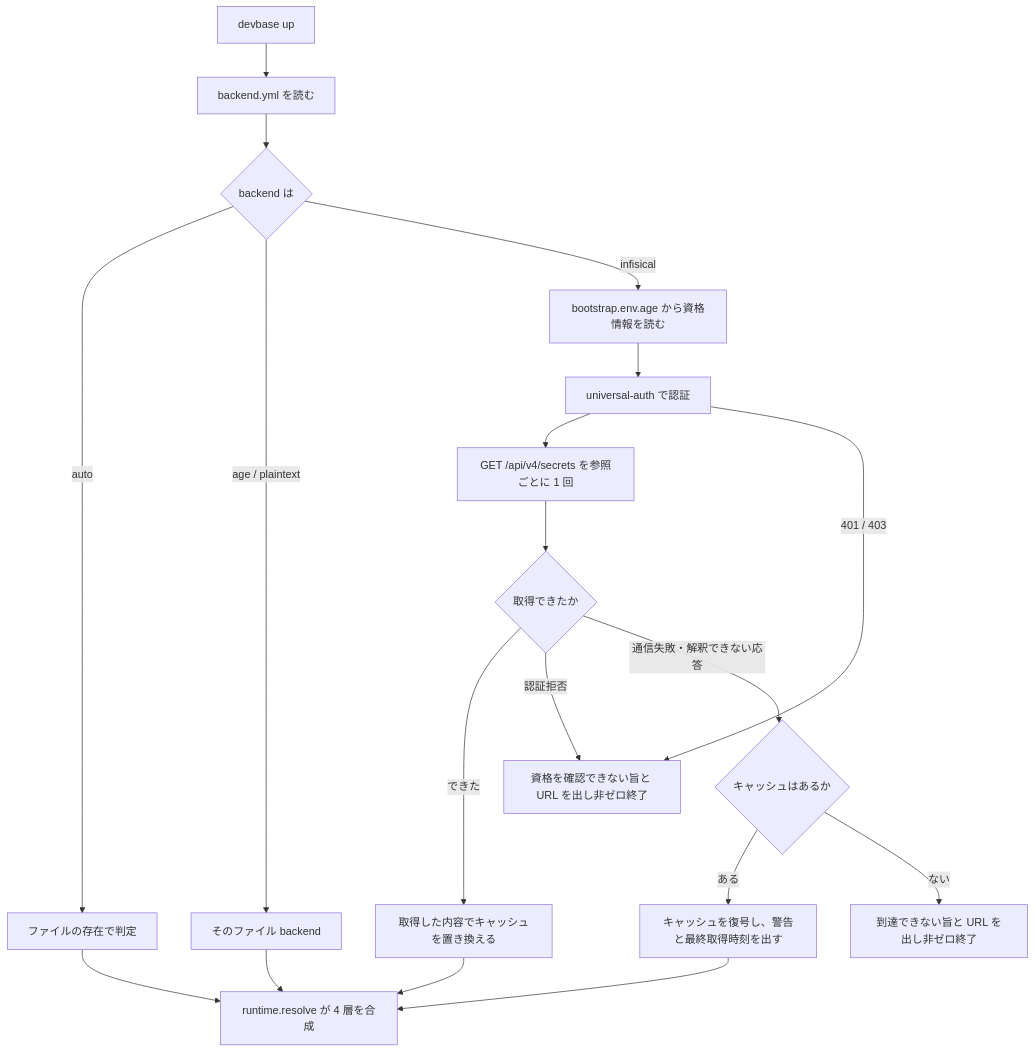
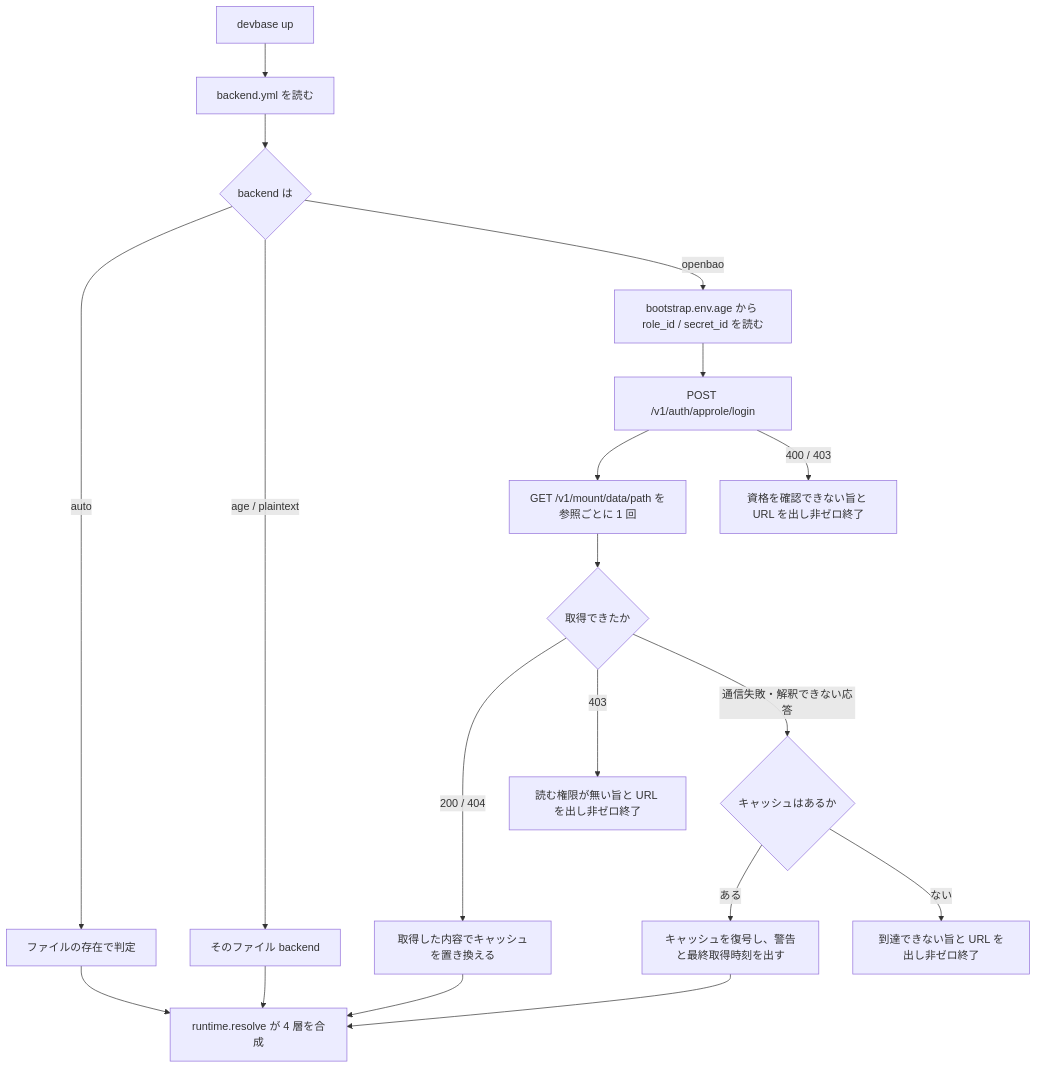
Before and after one commit to devbasex/devbase: the second of 2 diagrams in docs/specifications/secret-backend.md, drawn with Mermaid. The commit also changed other lines of this file and 3 other files, not shown here.

````diff
--- a/docs/specifications/secret-backend.md
+++ b/docs/specifications/secret-backend.md
@@ -216,21 +293,21 @@
 ```mermaid
 flowchart TD
     A[devbase up] --> B[backend.yml を読む]
     B --> C{backend は}
     C -->|auto| D[ファイルの存在で判定]
     C -->|age / plaintext| E[そのファイル backend]
-    C -->|infisical| F[bootstrap.env.age から資格情報を読む]
-    F --> G[universal-auth で認証]
-    G --> H[GET /api/v4/secrets を参照ごとに 1 回]
-    G -->|401 / 403| P
+    C -->|openbao| F[bootstrap.env.age から role_id / secret_id を読む]
+    F --> G[POST /v1/auth/approle/login]
+    G --> H[GET /v1/mount/data/path を参照ごとに 1 回]
     H --> I{取得できたか}
-    I -->|できた| J[取得した内容でキャッシュを置き換える]
-    I -->|認証拒否| P[資格を確認できない旨と URL を出し非ゼロ終了]
+    I -->|200 / 404| J[取得した内容でキャッシュを置き換える]
+    I -->|403| Q[読む権限が無い旨と URL を出し非ゼロ終了]
+    G -->|400 / 403| P[資格を確認できない旨と URL を出し非ゼロ終了]
     I -->|通信失敗・解釈できない応答| K{キャッシュはあるか}
     K -->|ある| L[キャッシュを復号し、警告と最終取得時刻を出す]
     K -->|ない| M[到達できない旨と URL を出し非ゼロ終了]
     D --> N[runtime.resolve が 4 層を合成]
     E --> N
     J --> N
     L --> N
 ```
````
